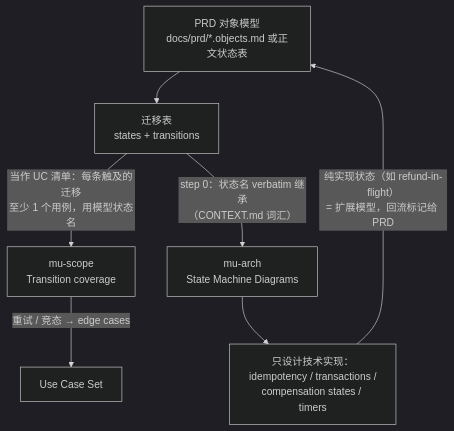
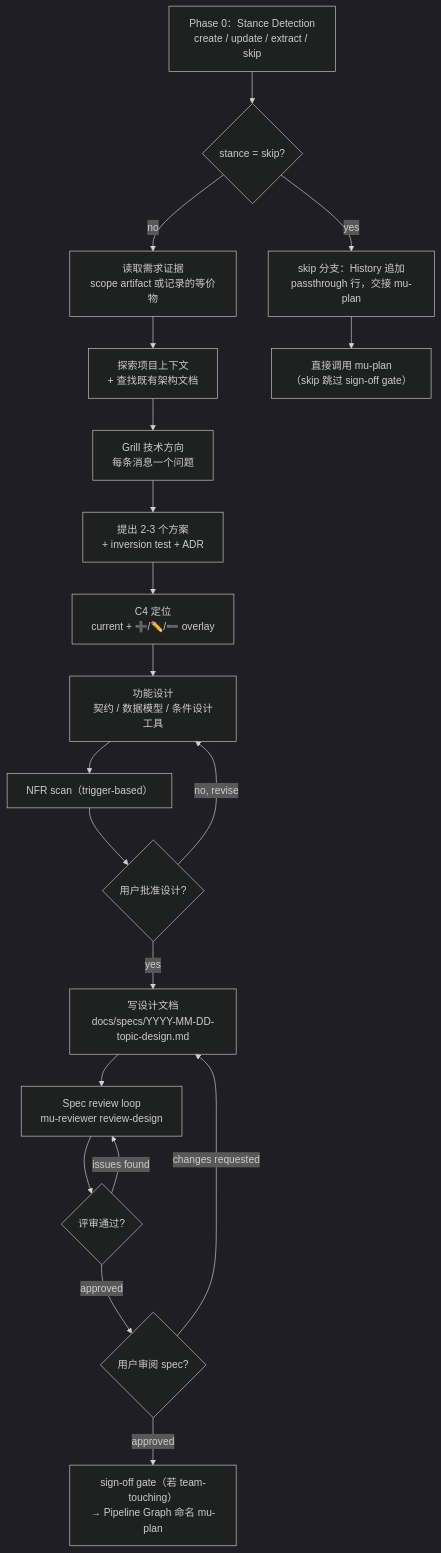
One commit to knotmark-ai/devmuse changed the second of 3 diagrams in docs/wiki/core-pipeline.md. Above: the diagram before and after it, drawn with Mermaid (dark theme). The commit also changed other lines of this file and 24 other files, not shown here.

````diff
--- a/docs/wiki/core-pipeline.md
+++ b/docs/wiki/core-pipeline.md
@@ -104,9 +107,22 @@
 ```mermaid
 graph TD
-    PRD["PRD 对象模型<br/>docs/prd/*.objects.md 或正文状态表"] --> T["迁移表<br/>states + transitions"]
-    T -->|"当作 UC 清单：每条触及的迁移<br/>至少 1 个用例，用模型状态名"| SC["mu-scope<br/>Transition coverage"]
-    T -->|"step 0：状态名 verbatim 继承<br/>（CONTEXT.md 词汇）"| AR["mu-arch<br/>State Machine Diagrams"]
-    SC -->|"重试 / 竞态 → edge cases"| UC["Use Case Set"]
-    AR --> TR["只设计技术实现：<br/>idempotency / transactions /<br/>compensation states / timers"]
-    TR -->|"纯实现状态（如 refund-in-flight）<br/>= 扩展模型，回流标记给 PRD"| PRD
+    P0["Phase 0：Stance Detection<br/>create / update / extract / skip"] --> SW{"stance = skip?"}
+    SW -->|"yes"| PASS["skip 分支：History 追加<br/>passthrough 行，交接 mu-plan"]
+    SW -->|"no"| EV["读取需求证据<br/>scope artifact 或记录的等价物"]
+    EV --> CTX["探索项目上下文<br/>+ 查找既有架构文档"]
+    CTX --> Q["Grill 技术方向<br/>每条消息一个问题"]
+    Q --> AP["提出 2-3 个方案<br/>+ inversion test + ADR"]
+    AP --> C4["C4 定位<br/>current + ➕/✏️/➖ overlay"]
+    C4 --> FD["功能设计<br/>契约 / 数据模型 / 条件设计工具"]
+    FD --> NFR["NFR scan（trigger-based）"]
+    NFR --> OK{"用户批准设计?"}
+    OK -->|"no, revise"| FD
+    OK -->|"yes"| DOC["写设计文档<br/>docs/specs/YYYY-MM-DD-topic-design.md"]
+    DOC --> LOOP["Spec review loop<br/>mu-reviewer review-design"]
+    LOOP --> LP{"评审通过?"}
+    LP -->|"issues found"| LOOP
+    LP -->|"approved"| UR{"用户审阅 spec?"}
+    UR -->|"changes requested"| DOC
+    UR -->|"approved"| GATE["sign-off gate（若 team-touching）<br/>→ Pipeline Graph 命名 mu-plan"]
+    PASS --> GATE2["直接调用 mu-plan<br/>（skip 跳过 sign-off gate）"]
 ```
````
